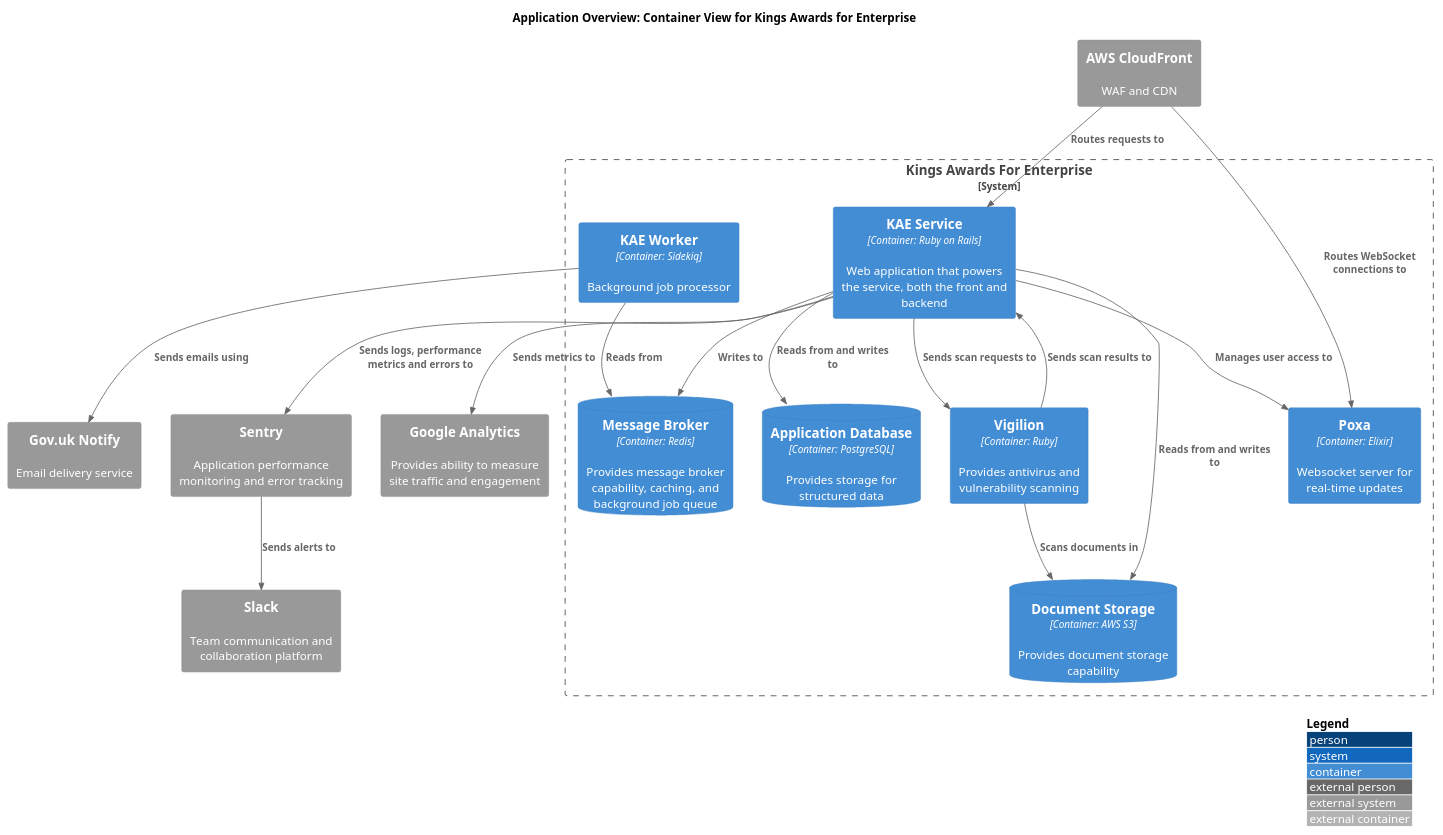
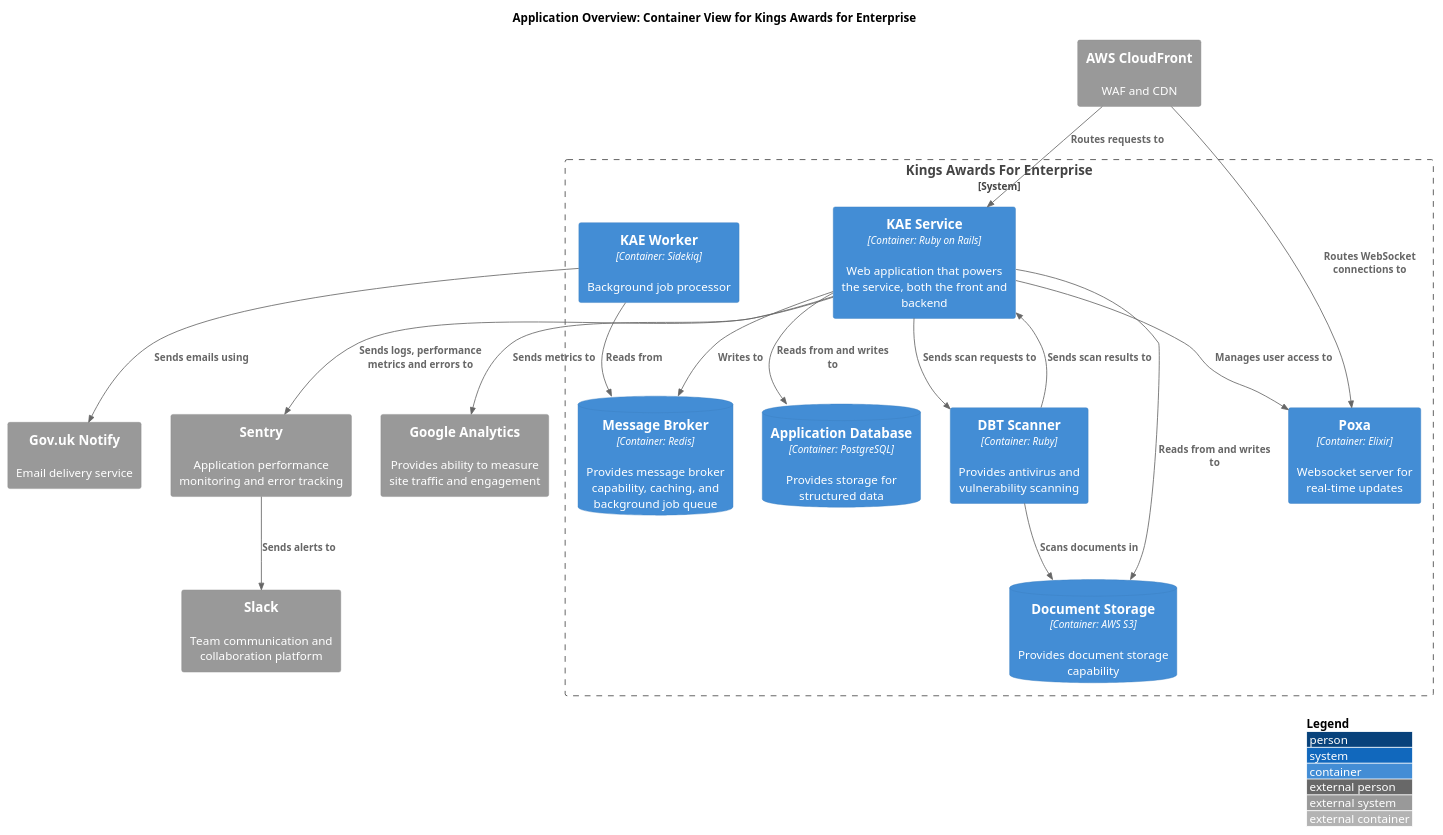
One commit to bitzesty/qae changed the diagram in doc/architecture/diagrams/application_overview.puml. Above: the diagram before and after it, drawn with PlantUML. The commit also changed 28 other files, not shown here.

Commit message:
Remove Vigilion code and references Use Carrierwave for file uploads Update to use DBT-Scanner via URL with credentials Add specs for new functionality and update existing specs where appropriate

```diff
--- a/doc/architecture/diagrams/application_overview.puml
+++ b/doc/architecture/diagrams/application_overview.puml
@@ -1,39 +1,39 @@
 @startuml Application Overview
 !include https://raw.githubusercontent.com/plantuml-stdlib/C4-PlantUML/master/C4_Container.puml
 
 LAYOUT_WITH_LEGEND()
 
 title Application Overview: Container View for Kings Awards for Enterprise
 
 System_Boundary(kae, "Kings Awards For Enterprise") {
     Container(kae_service, "KAE Service", "Container: Ruby on Rails", "Web application that powers the service, both the front and backend")
     Container(kae_worker, "KAE Worker", "Container: Sidekiq", "Background job processor")
     Container(poxa, "Poxa", "Container: Elixir", "Websocket server for real-time updates")
     ContainerDb(message_broker, "Message Broker", "Container: Redis", "Provides message broker capability, caching, and background job queue")
     ContainerDb(application_db, "Application Database", "Container: PostgreSQL", "Provides storage for structured data")
     ContainerDb(document_storage, "Document Storage", "Container: AWS S3", "Provides document storage capability")
-    Container(vigilion, "Vigilion", "Container: Ruby", "Provides antivirus and vulnerability scanning")
+    Container(dbt_scanner, "DBT Scanner", "Container: Ruby", "Provides antivirus and vulnerability scanning")
 }
 
 System_Ext(cloudfront, "AWS CloudFront", "WAF and CDN")
 System_Ext(google_analytics, "Google Analytics", "Provides ability to measure site traffic and engagement")
 System_Ext(gov_uk_notify, "Gov.uk Notify", "Email delivery service")
 System_Ext(sentry, "Sentry", "Application performance monitoring and error tracking")
 System_Ext(slack, "Slack", "Team communication and collaboration platform")
 
 Rel(cloudfront, kae_service, "Routes requests to")
 Rel(cloudfront, poxa, "Routes WebSocket connections to")
 Rel(kae_service, google_analytics, "Sends metrics to")
 Rel(kae_worker, gov_uk_notify, "Sends emails using")
 Rel(kae_service, message_broker, "Writes to")
 Rel(kae_worker, message_broker, "Reads from")
 Rel(kae_service, application_db, "Reads from and writes to")
 Rel(kae_service, document_storage, "Reads from and writes to")
-Rel(vigilion, document_storage, "Scans documents in")
-Rel(kae_service, vigilion, "Sends scan requests to")
-Rel(vigilion, kae_service, "Sends scan results to")
+Rel(dbt_scanner, document_storage, "Scans documents in")
+Rel(kae_service, dbt_scanner, "Sends scan requests to")
+Rel(dbt_scanner, kae_service, "Sends scan results to")
 Rel(kae_service, poxa, "Manages user access to")
 Rel(kae_service, sentry, "Sends logs, performance metrics and errors to")
 Rel(sentry, slack, "Sends alerts to")
 
 @enduml
```
